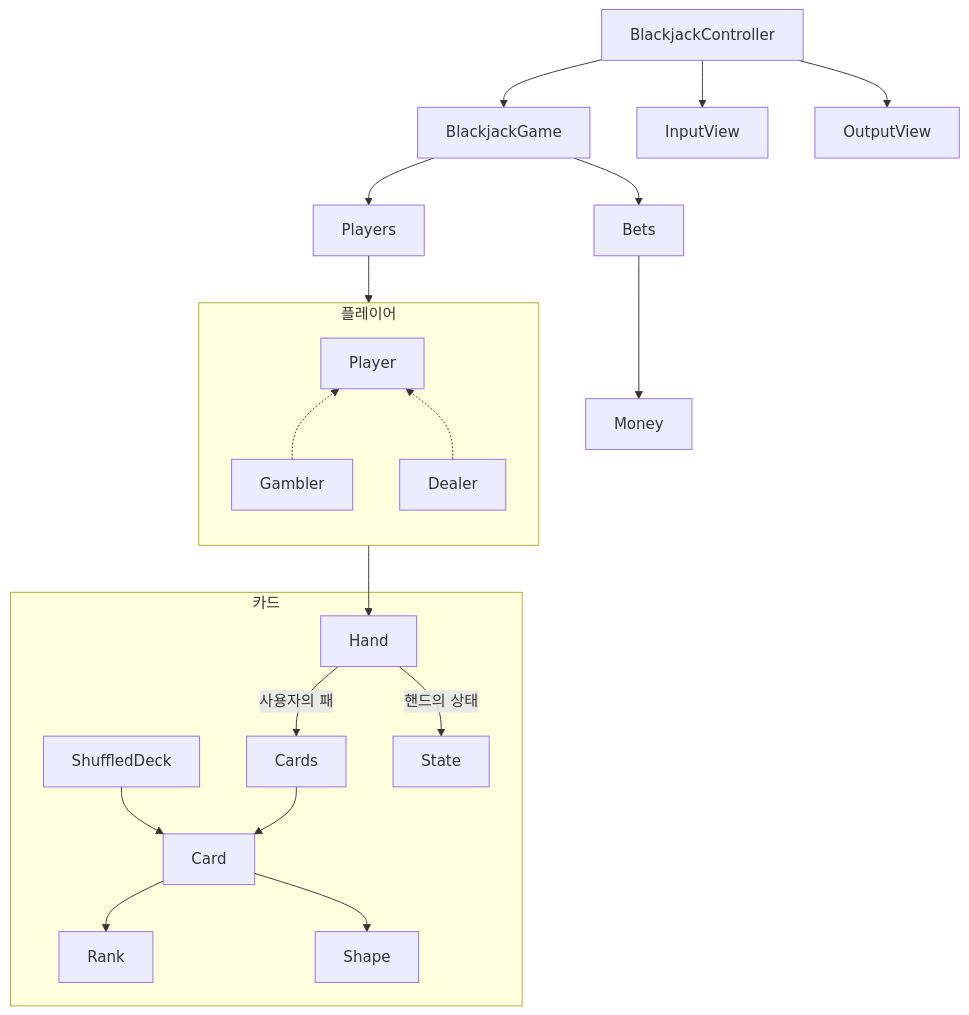
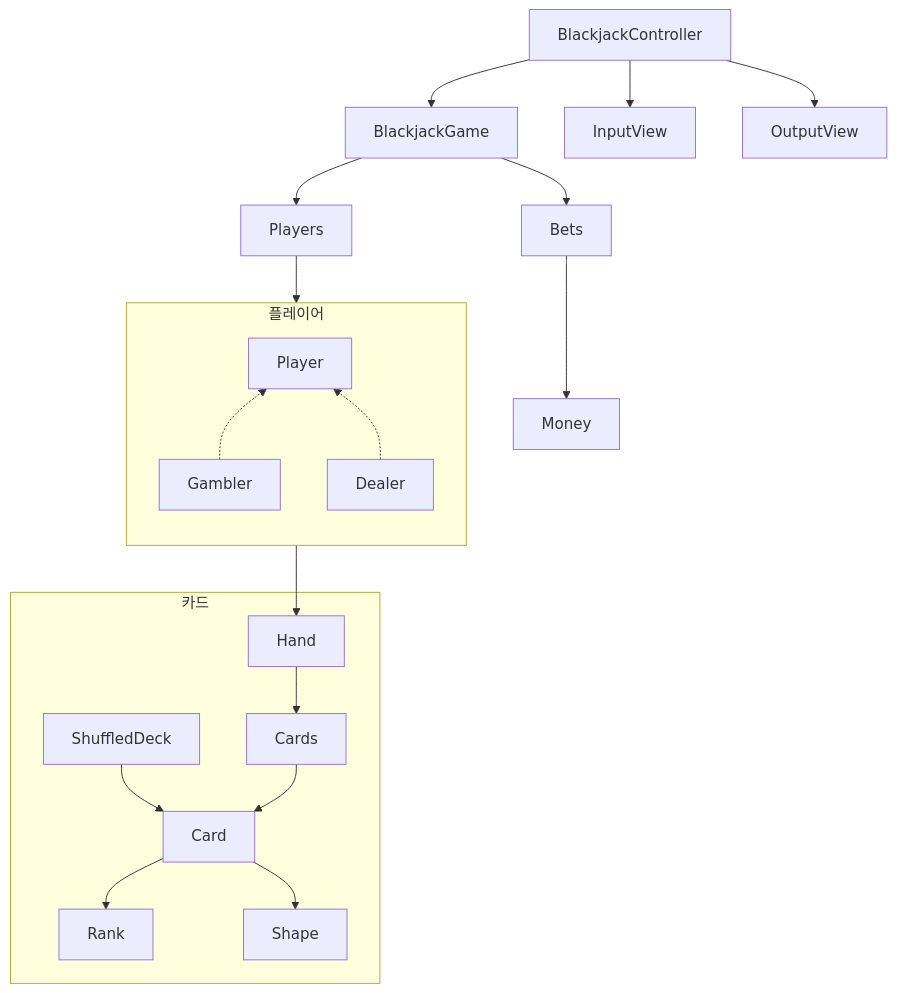
One commit to woowacourse/java-blackjack changed the first of 2 diagrams in README.md. Above: the diagram before and after it, drawn with Mermaid. The commit also changed other lines of this file, not shown here.

Commit message:
docs: 다이어그램 추가

````diff
--- a/README.md
+++ b/README.md
@@ -11,26 +11,25 @@
 ```mermaid
 flowchart TD
     BlackjackController --> BlackjackGame
     BlackjackController --> InputView
     BlackjackController --> OutputView
     
     BlackjackGame --> Bets --> Money
     BlackjackGame --> Players
     
     subgraph 카드
         ShuffledDeck --> Card
         Card --> Rank
         Card --> Shape
         Cards --> Card
-        Hand -- 사용자의 패 --> Cards
-        Hand -- 핸드의 상태 --> State
+        Hand --> Cards
     end
     
     Players --> 플레이어 --> Hand
     
     subgraph 플레이어
         direction BT
         Gambler -.-> Player
         Dealer -.-> Player
     end
 ```
````
